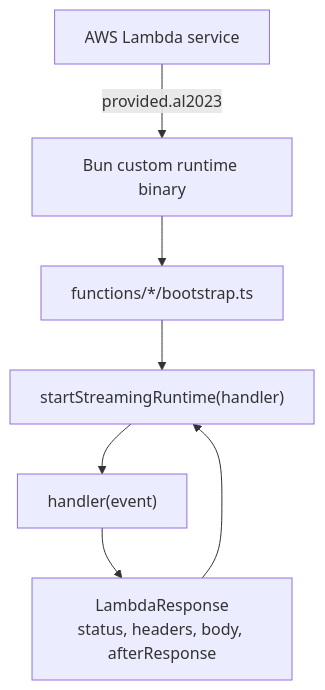
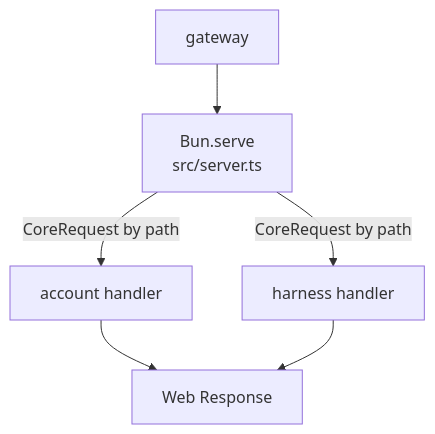
Before and after one commit to beeblastco/broods: the second of 12 diagrams in apps/docs/docs/architecture.md, drawn with Mermaid. The commit also changed other lines of this file and 20 other files, not shown here.

First line of the commit message:
feat: stage 5 code-prep — cron route /v1/cron-runs, remove Lambda from sst, EventBridge API destination

````diff
--- a/apps/docs/docs/architecture.md
+++ b/apps/docs/docs/architecture.md
@@ -34,9 +34,8 @@
 ```mermaid
 flowchart TD
-  Aws["AWS Lambda service"] -->|"provided.al2023"| Bun["Bun custom runtime binary"]
-  Bun --> Boot["functions/*/bootstrap.ts"]
-  Boot --> Runtime["startStreamingRuntime(handler)"]
-  Runtime --> Handler["handler(event)"]
-  Handler --> Response["LambdaResponse<br/>status, headers, body, afterResponse"]
-  Response --> Runtime
+  Gateway["gateway"] --> Server["Bun.serve<br/>src/server.ts"]
+  Server -->|"CoreRequest by path"| Account["account handler"]
+  Server -->|"CoreRequest by path"| Harness["harness handler"]
+  Account --> Response["Web Response"]
+  Harness --> Response
 ```
````
